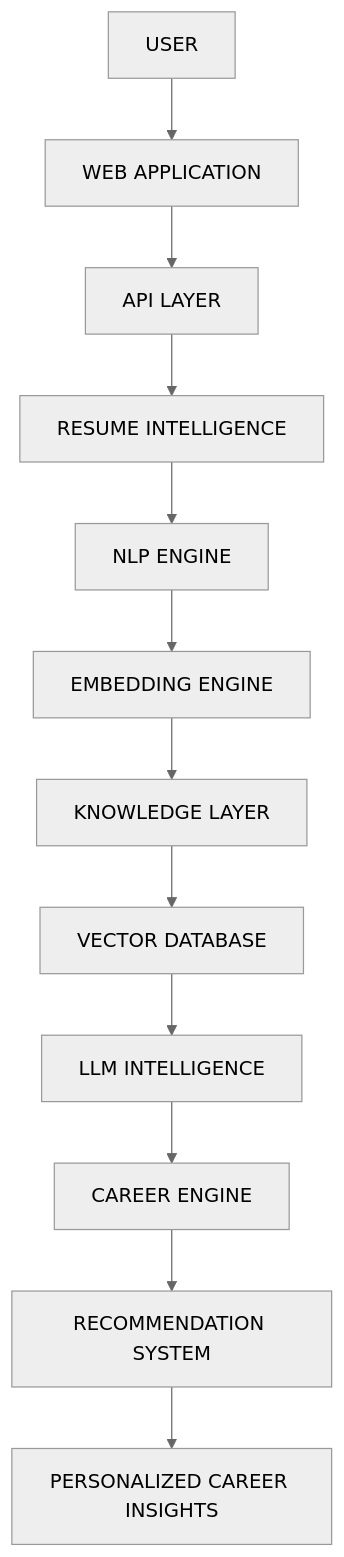
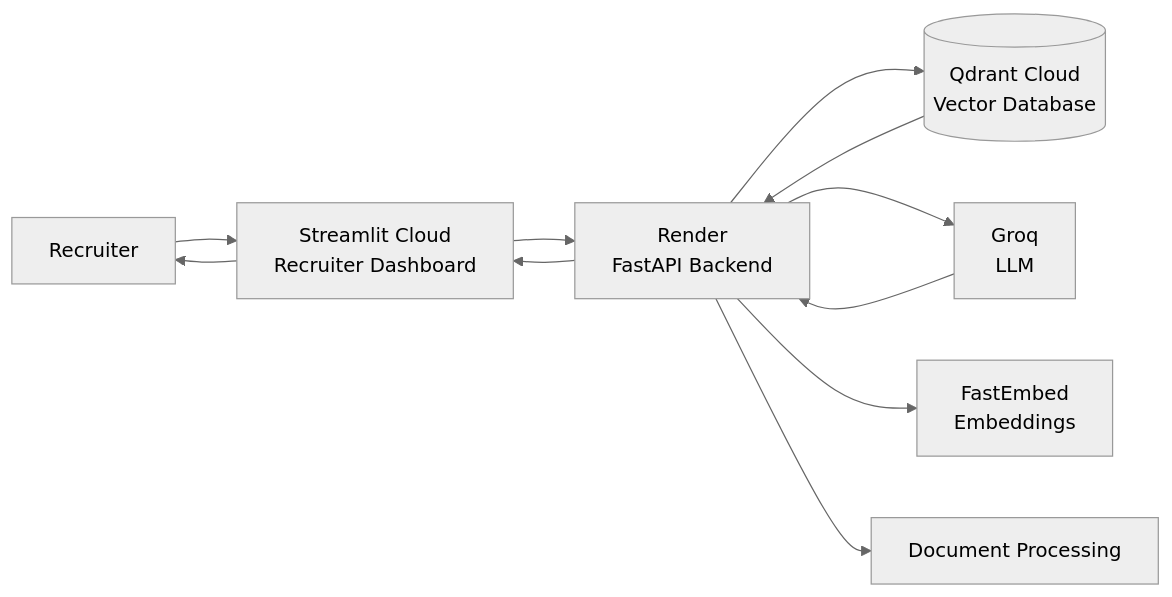
The third of 3 diagrams in README.md (shubhamkardel-ai/resume-analyzer-ai), drawn with Mermaid (neutral theme) before and after one commit. The commit also changed other lines of this file, not shown here.

First line of the commit message:
feat: build production-ready RecruitRAG-AI recruitment intelligence platform

````diff
--- a/README.md
+++ b/README.md
@@ -961,25 +187,17 @@
-```mermaid
-flowchart TD
+``` mermaid
+flowchart LR
+    U[Recruiter] --> S[Streamlit Cloud<br/>Recruiter Dashboard]
+    S --> R[Render<br/>FastAPI Backend]
 
-    A[USER] --> B[WEB APPLICATION]
+    R --> Q[(Qdrant Cloud<br/>Vector Database)]
+    R --> G[Groq<br/>LLM]
 
-    B --> C[API LAYER]
+    R --> E[FastEmbed<br/>Embeddings]
+    R --> D[Document Processing]
 
-    C --> D[RESUME INTELLIGENCE]
+    Q --> R
+    G --> R
 
-    D --> E[NLP ENGINE]
-
-    E --> F[EMBEDDING ENGINE]
-
-    F --> G[KNOWLEDGE LAYER]
-
-    G --> H[VECTOR DATABASE]
-
-    H --> I[LLM INTELLIGENCE]
-
-    I --> J[CAREER ENGINE]
-
-    J --> K[RECOMMENDATION SYSTEM]
-
-    K --> L[PERSONALIZED CAREER INSIGHTS]
+    R --> S
+    S --> U
 ```
````
